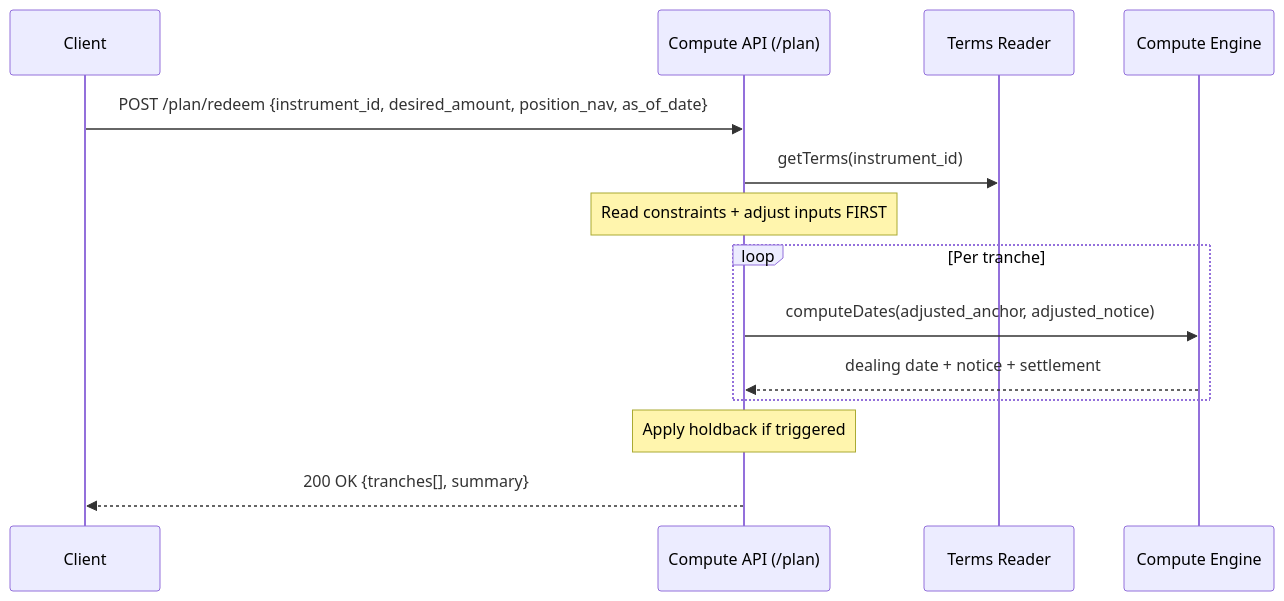
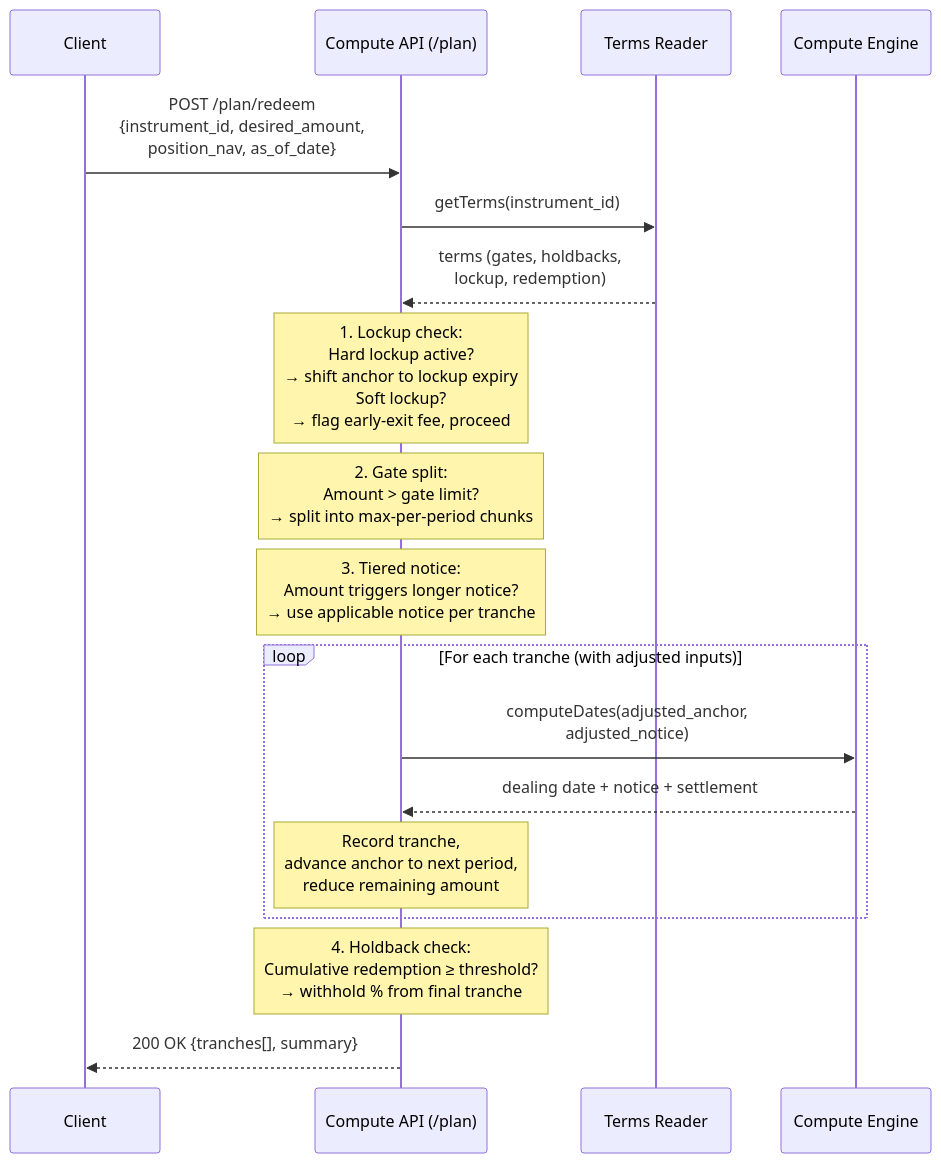
Before and after one commit to Ashu290905/OSYTE: the second of 2 diagrams in lcs-main/docs/architecture.md, drawn with Mermaid. The commit also changed other lines of this file, not shown here.

First line of the commit message:
Fix Fund A label, restore detailed workflow diagrams, move lockup check up

````diff
--- a/lcs-main/docs/architecture.md
+++ b/lcs-main/docs/architecture.md
@@ -221,21 +233,28 @@
 ```mermaid
 sequenceDiagram
     participant Client
     participant API as Compute API (/plan)
     participant TR as Terms Reader
     participant CE as Compute Engine
 
-    Client->>API: POST /plan/redeem {instrument_id, desired_amount, position_nav, as_of_date}
+    Client->>API: POST /plan/redeem<br/>{instrument_id, desired_amount,<br/> position_nav, as_of_date}
+
     API->>TR: getTerms(instrument_id)
+    TR-->>API: terms (gates, holdbacks,<br/>lockup, redemption)
 
-    Note over API: Read constraints + adjust inputs FIRST
+    Note over API: 1. Lockup check:<br/>Hard lockup active?<br/>→ shift anchor to lockup expiry<br/>Soft lockup?<br/>→ flag early-exit fee, proceed
 
-    loop Per tranche
-        API->>CE: computeDates(adjusted_anchor, adjusted_notice)
+    Note over API: 2. Gate split:<br/>Amount > gate limit?<br/>→ split into max-per-period chunks
+
+    Note over API: 3. Tiered notice:<br/>Amount triggers longer notice?<br/>→ use applicable notice per tranche
+
+    loop For each tranche (with adjusted inputs)
+        API->>CE: computeDates(adjusted_anchor,<br/>adjusted_notice)
         CE-->>API: dealing date + notice + settlement
+        Note over API: Record tranche,<br/>advance anchor to next period,<br/>reduce remaining amount
     end
 
-    Note over API: Apply holdback if triggered
+    Note over API: 4. Holdback check:<br/>Cumulative redemption ≥ threshold?<br/>→ withhold % from final tranche
 
     API-->>Client: 200 OK {tranches[], summary}
 ```
````
